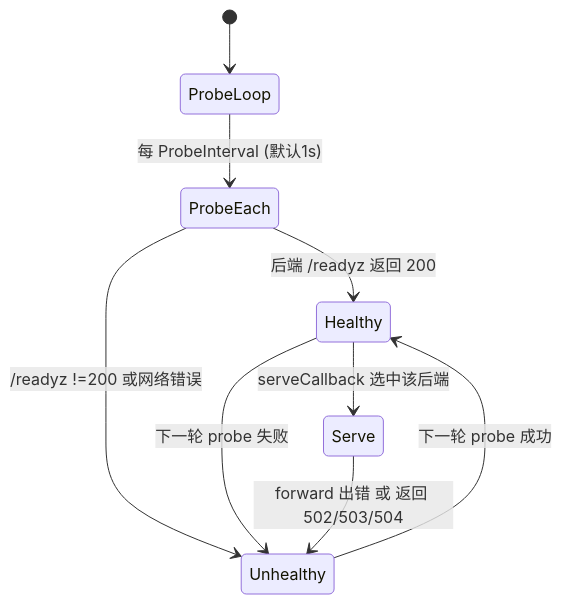
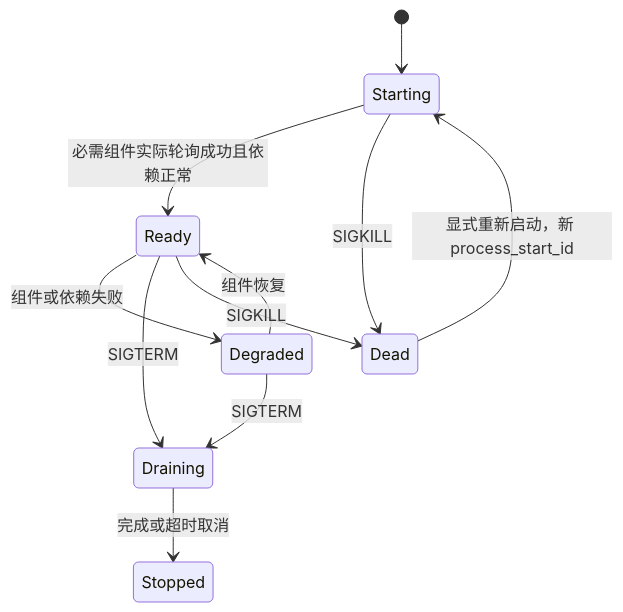
The first of 2 diagrams in docs/feature/reliability-failover/single-host-multicontainer/design.md (everfid-ever/trpc-agent-service-everfid), drawn with Mermaid before and after one commit. The commit also changed other lines of this file and 30 other files, not shown here.

````diff
--- a/docs/feature/reliability-failover/single-host-multicontainer/design.md
+++ b/docs/feature/reliability-failover/single-host-multicontainer/design.md
@@ -43,11 +73,13 @@
 ```mermaid
 stateDiagram-v2
-    [*] --> ProbeLoop
-    ProbeLoop --> ProbeEach: 每 ProbeInterval (默认1s)
-    ProbeEach --> Healthy: 后端 /readyz 返回 200
-    ProbeEach --> Unhealthy: /readyz !=200 或网络错误
-    Healthy --> Unhealthy: 下一轮 probe 失败
-    Unhealthy --> Healthy: 下一轮 probe 成功
-    Healthy --> Serve: serveCallback 选中该后端
-    Serve --> Unhealthy: forward 出错 或 返回 502/503/504
+  [*] --> Starting
+  Starting --> Ready: 必需组件实际轮询成功且依赖正常
+  Ready --> Degraded: 组件或依赖失败
+  Degraded --> Ready: 组件恢复
+  Ready --> Draining: SIGTERM
+  Degraded --> Draining: SIGTERM
+  Draining --> Stopped: 完成或超时取消
+  Starting --> Dead: SIGKILL
+  Ready --> Dead: SIGKILL
+  Dead --> Starting: 显式重新启动，新 process_start_id
 ```
````
